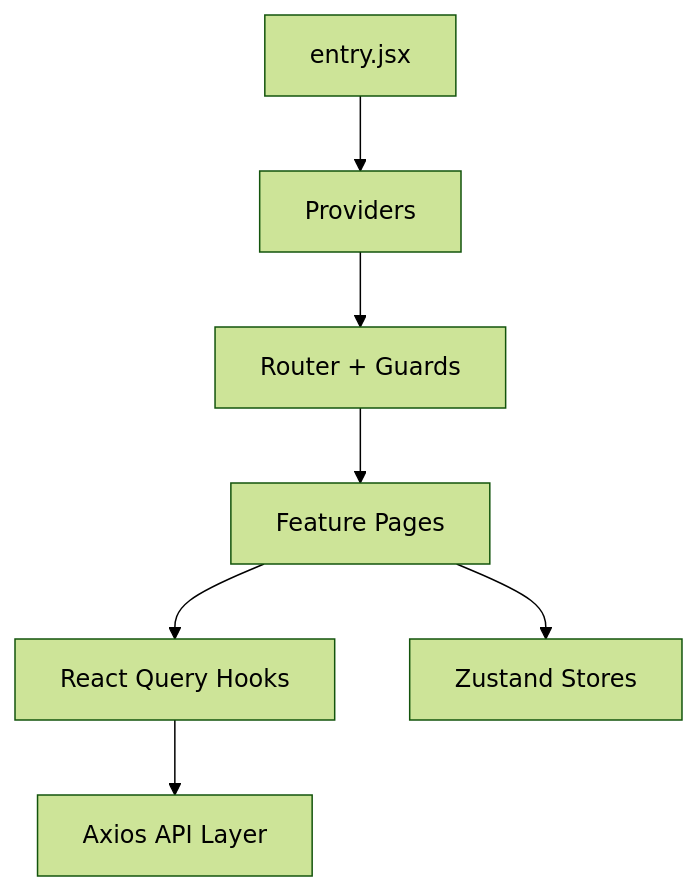
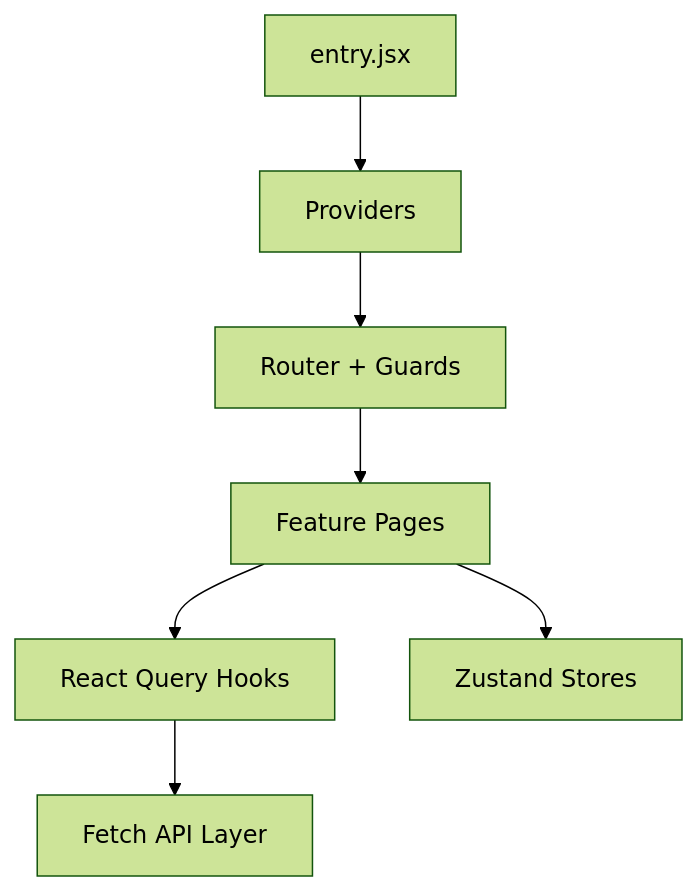
One commit to martintrifunov/student-obrok changed the third of 3 diagrams in apps/docs/architecture/overview.md. Above: the diagram before and after it, drawn with Mermaid (forest theme). The commit also changed 10 other files, not shown here.

````diff
--- a/apps/docs/architecture/overview.md
+++ b/apps/docs/architecture/overview.md
@@ -38,9 +38,9 @@
 ```mermaid
 flowchart TD
   Entry[entry.jsx] --> Providers[Providers]
   Providers --> Router[Router + Guards]
   Router --> FeatureUI[Feature Pages]
   FeatureUI --> DataHooks[React Query Hooks]
   FeatureUI --> Stores[Zustand Stores]
-  DataHooks --> API[Axios API Layer]
+  DataHooks --> API[Fetch API Layer]
 ```
````
